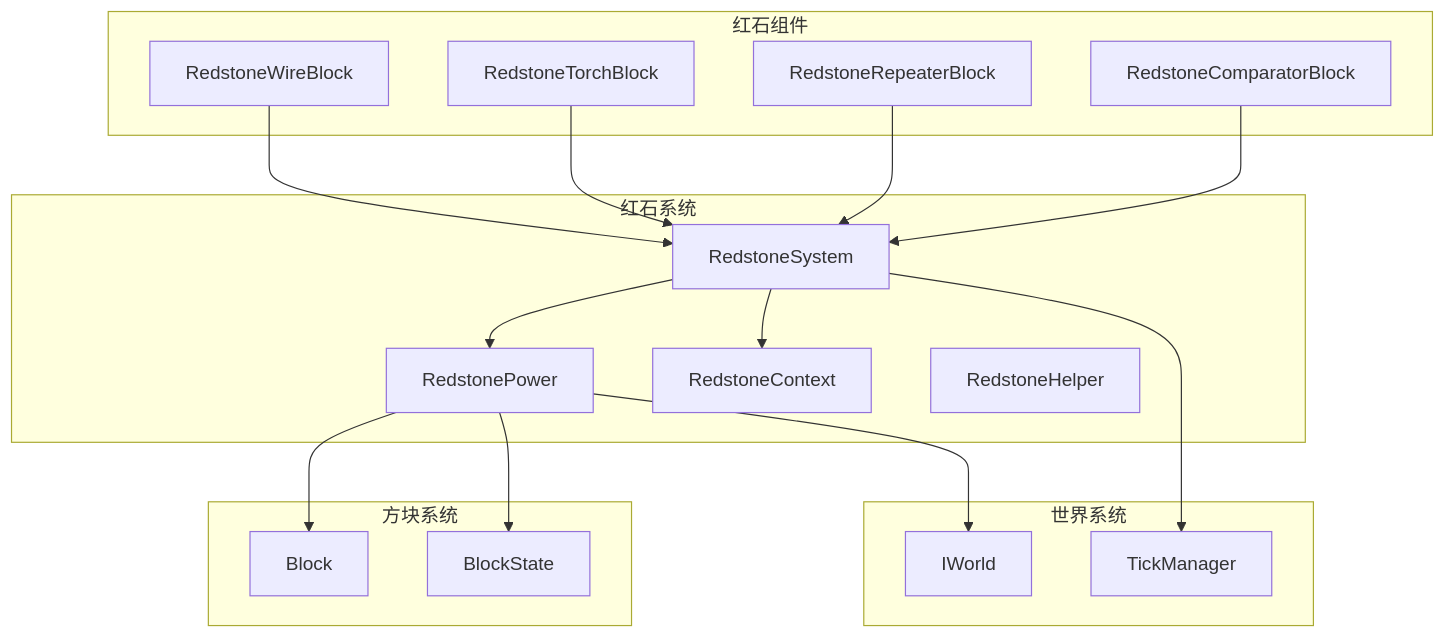
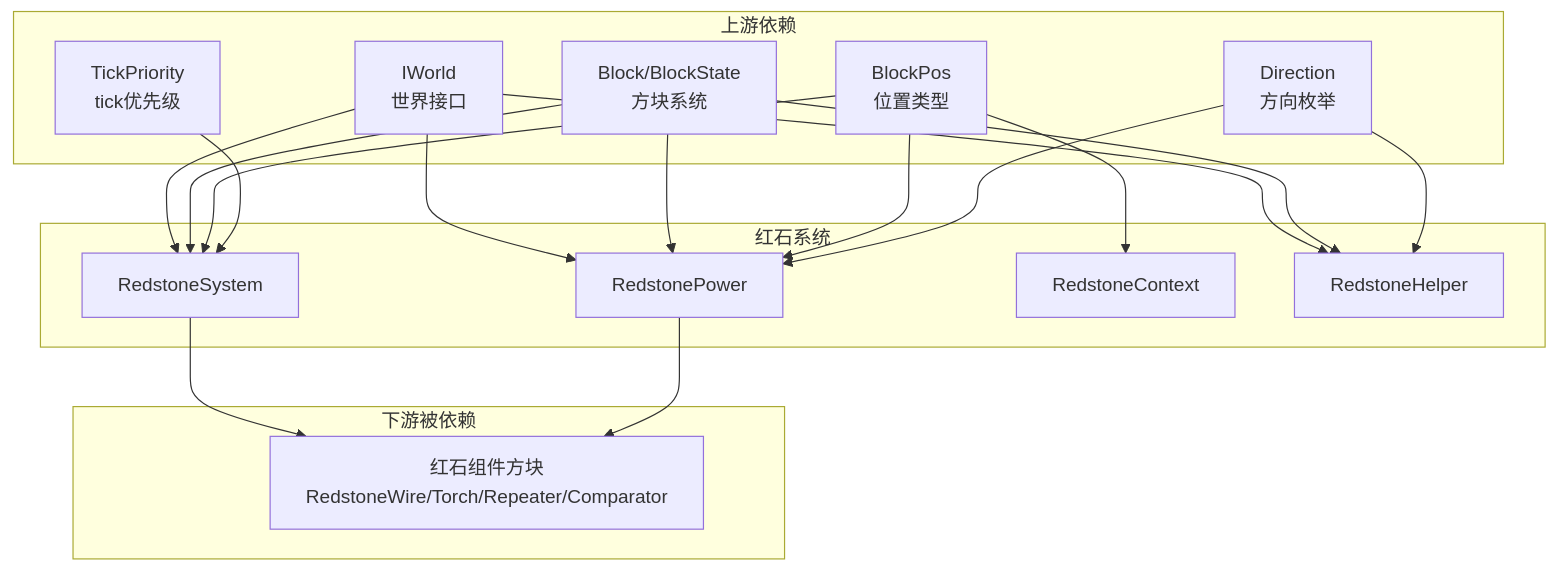
Before and after one commit to g122622/Cubium: the third of 3 diagrams in src/common/world/redstone/README.md, drawn with Mermaid. The commit also changed other lines of this file and 298 other files, not shown here.

````diff
--- a/src/common/world/redstone/README.md
+++ b/src/common/world/redstone/README.md
@@ -113,37 +65,36 @@
 ```mermaid
 graph TB
+    subgraph 上游依赖
+        IW[IWorld<br/>世界接口]
+        BL[Block/BlockState<br/>方块系统]
+        BP[BlockPos<br/>位置类型]
+        DIR[Direction<br/>方向枚举]
+        TP[TickPriority<br/>tick优先级]
+    end
+
     subgraph 红石系统
         RS[RedstoneSystem]
         RP[RedstonePower]
         RC[RedstoneContext]
         RH[RedstoneHelper]
     end
 
-    subgraph 方块系统
-        BL[Block]
-        BS[BlockState]
+    subgraph 下游被依赖
+        RW[红石组件方块<br/>RedstoneWire/Torch/Repeater/Comparator]
     end
 
-    subgraph 世界系统
-        IW[IWorld]
-        TM[TickManager]
-    end
-
-    subgraph 红石组件
-        RW[RedstoneWireBlock]
-        RT[RedstoneTorchBlock]
-        RR[RedstoneRepeaterBlock]
-        RC2[RedstoneComparatorBlock]
-    end
-
-    RS --> RP
-    RS --> RC
-    RS --> TM
-    RP --> BL
-    RP --> BS
-    RP --> IW
-    RW --> RS
-    RT --> RS
-    RR --> RS
-    RC2 --> RS
+    IW --> RS
+    IW --> RP
+    IW --> RH
+    BL --> RS
+    BL --> RP
+    BL --> RH
+    BP --> RS
+    BP --> RC
+    BP --> RP
+    DIR --> RP
+    DIR --> RH
+    TP --> RS
+    RS --> RW
+    RP --> RW
 ```
````
